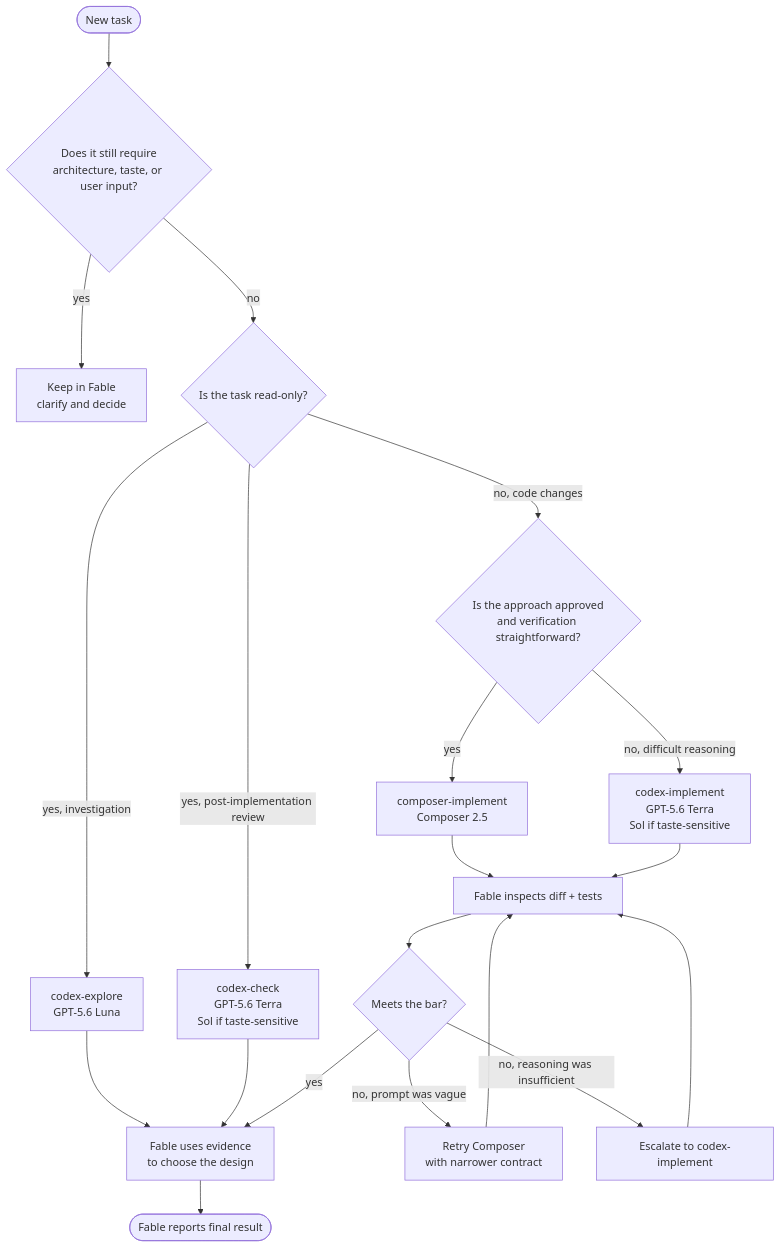
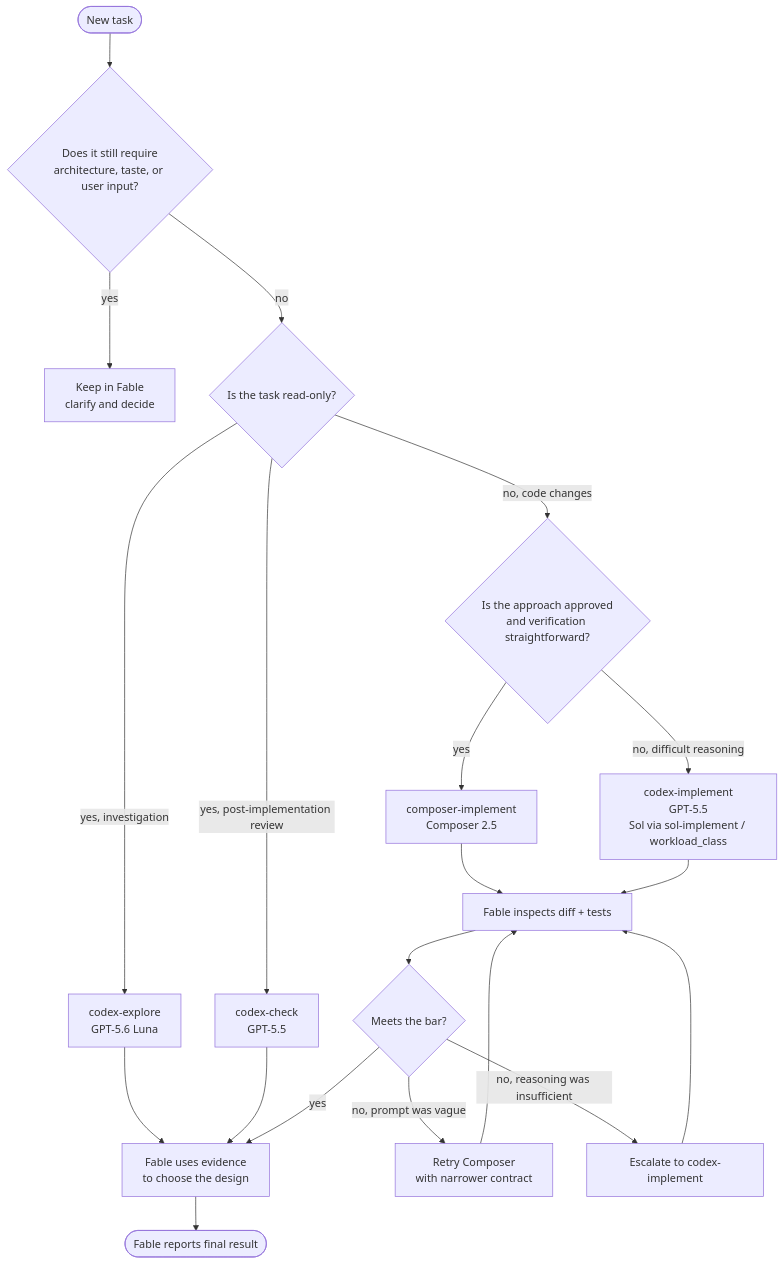
The third of 4 diagrams in docs/diagrams/mermaid.md (andysolomon/arc-orchestrator), drawn with Mermaid before and after one commit. The commit also changed other lines of this file and 79 other files, not shown here.

````diff
--- a/docs/diagrams/mermaid.md
+++ b/docs/diagrams/mermaid.md
@@ -64,26 +64,26 @@
 ```mermaid
 flowchart TD
     Start([New task]) --> Ambiguous{Does it still require<br/>architecture, taste, or user input?}
     Ambiguous -->|yes| Keep["Keep in Fable<br/>clarify and decide"]
     Ambiguous -->|no| ReadOnly{Is the task read-only?}
 
     ReadOnly -->|yes, investigation| Explore["codex-explore<br/>GPT-5.6 Luna"]
-    ReadOnly -->|yes, post-implementation review| Check["codex-check<br/>GPT-5.6 Terra<br/>Sol if taste-sensitive"]
+    ReadOnly -->|yes, post-implementation review| Check["codex-check<br/>GPT-5.5"]
     ReadOnly -->|no, code changes| Clear{Is the approach approved<br/>and verification straightforward?}
 
     Clear -->|yes| Composer["composer-implement<br/>Composer 2.5"]
-    Clear -->|no, difficult reasoning| CodexImpl["codex-implement<br/>GPT-5.6 Terra<br/>Sol if taste-sensitive"]
+    Clear -->|no, difficult reasoning| CodexImpl["codex-implement<br/>GPT-5.5<br/>Sol via sol-implement / workload_class"]
 
     Composer --> Inspect["Fable inspects diff + tests"]
     CodexImpl --> Inspect
     Explore --> Decide["Fable uses evidence<br/>to choose the design"]
     Check --> Decide
 
     Inspect --> Meets{Meets the bar?}
     Meets -->|yes| Decide
     Meets -->|no, prompt was vague| Retry["Retry Composer<br/>with narrower contract"]
     Meets -->|no, reasoning was insufficient| Escalate["Escalate to codex-implement"]
     Retry --> Inspect
     Escalate --> Inspect
     Decide --> Final([Fable reports final result])
 ```
````
